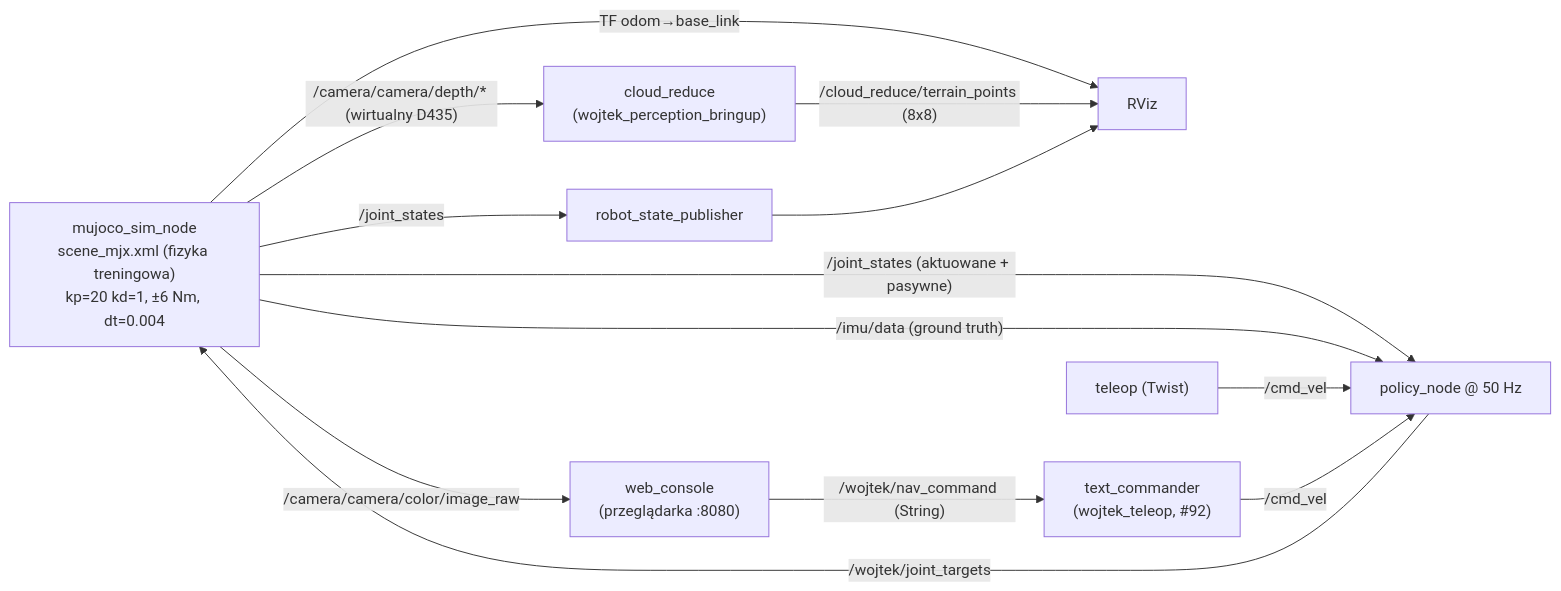
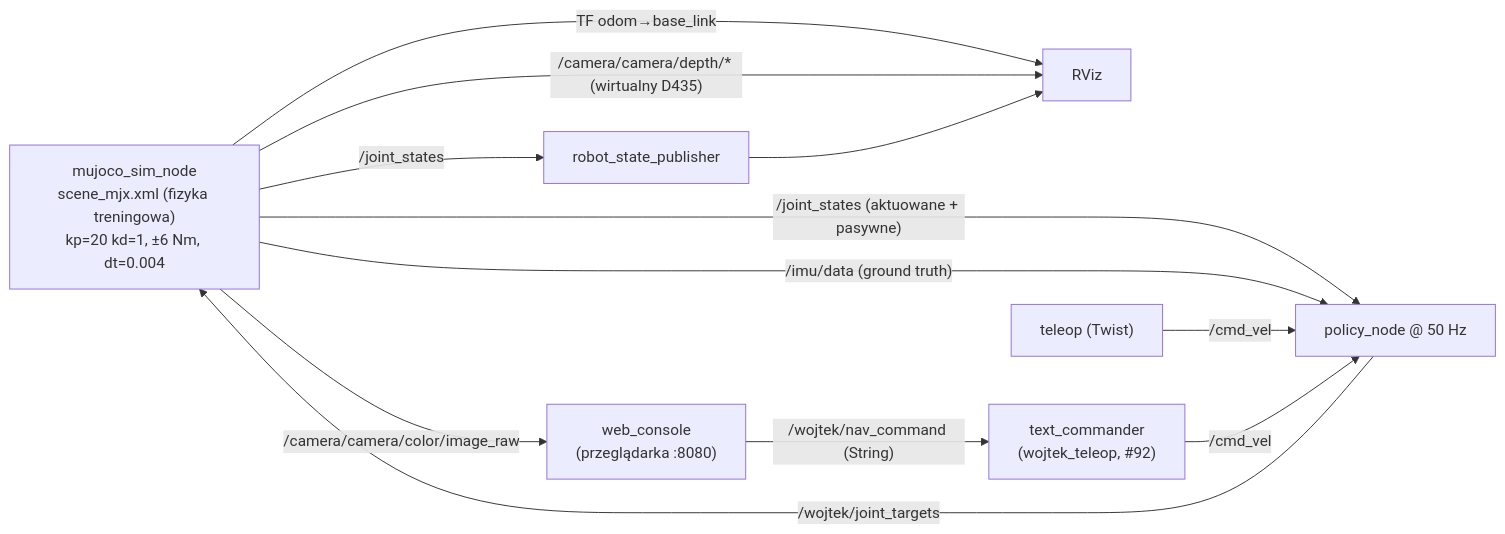
Before and after one commit to machinekind/w01-tek: the second of 2 diagrams in docs/ros-architecture.md, drawn with Mermaid. The commit also changed other lines of this file and 23 other files, not shown here.

````diff
--- a/docs/ros-architecture.md
+++ b/docs/ros-architecture.md
@@ -98,25 +98,22 @@
 ```mermaid
 flowchart LR
     SIM["mujoco_sim_node\nscene_mjx.xml (fizyka treningowa)\nkp=20 kd=1, ±6 Nm, dt=0.004"]
     POL["policy_node @ 50 Hz"]
     RSP["robot_state_publisher"]
     RVIZ["RViz"]
     TEL["teleop (Twist)"]
     TXT["text_commander\n(wojtek_teleop, #92)"]
     WEB["web_console\n(przeglądarka :8080)"]
 
-    PERC["cloud_reduce\n(wojtek_perception_bringup)"]
-
     SIM -- "/joint_states (aktuowane + pasywne)" --> POL
     SIM -- "/imu/data (ground truth)" --> POL
     POL -- "/wojtek/joint_targets" --> SIM
     TEL -- "/cmd_vel" --> POL
     WEB -- "/wojtek/nav_command (String)" --> TXT
     TXT -- "/cmd_vel" --> POL
     SIM -- "/camera/camera/color/image_raw" --> WEB
     SIM -- "TF odom→base_link" --> RVIZ
     SIM -- "/joint_states" --> RSP
-    SIM -- "/camera/camera/depth/* (wirtualny D435)" --> PERC
-    PERC -- "/cloud_reduce/terrain_points (8x8)" --> RVIZ
+    SIM -- "/camera/camera/depth/* (wirtualny D435)" --> RVIZ
     RSP --> RVIZ
 ```
````
